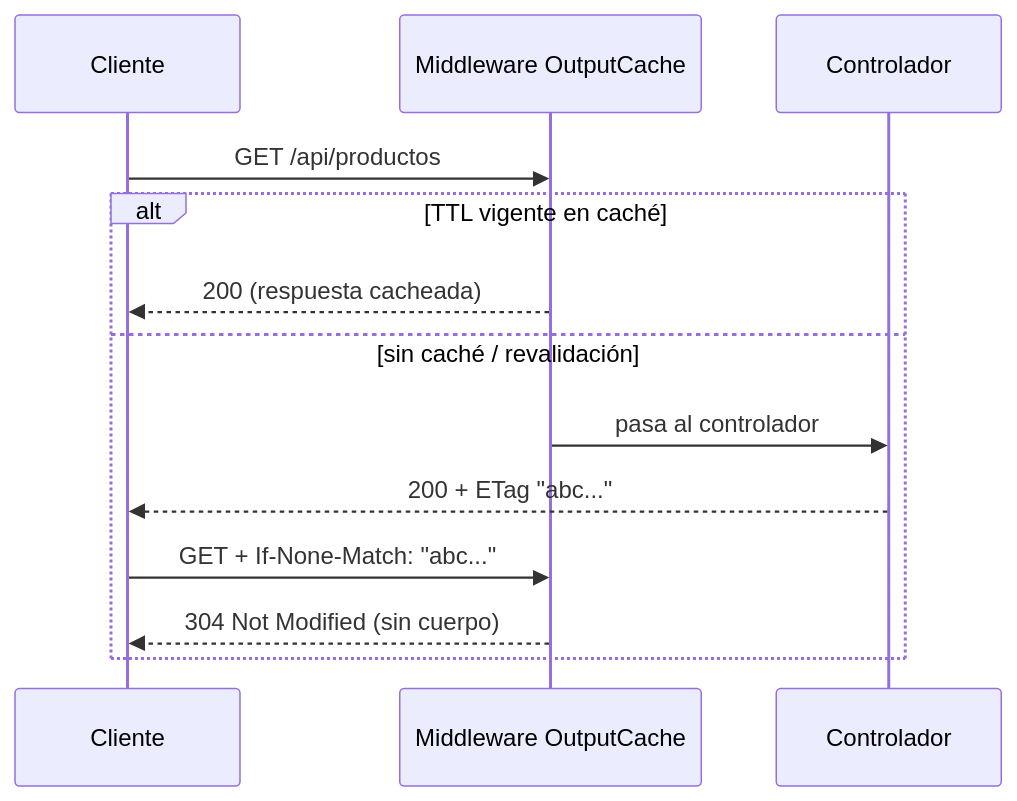
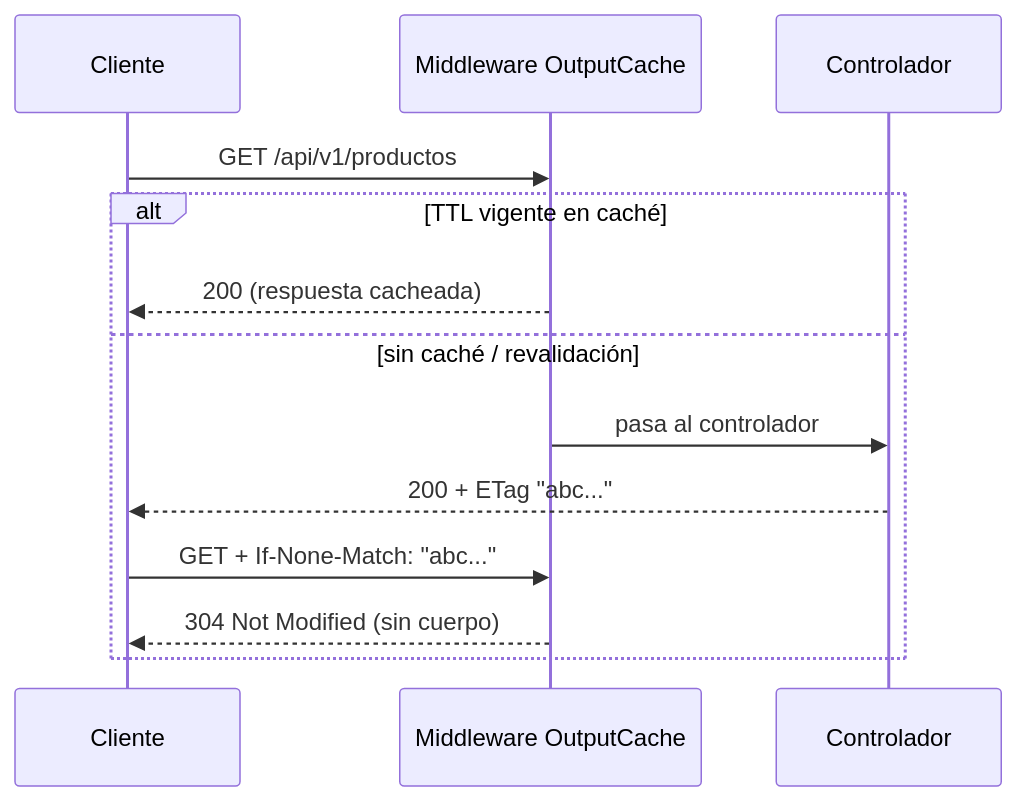
One commit to joseluisgs/TiendaDawApi-NetCore changed the sixth of 10 diagrams in doc/10-redis-caching.md. Above: the diagram before and after it, drawn with Mermaid. The commit also changed other lines of this file and 237 other files, not shown here.

````diff
--- a/doc/10-redis-caching.md
+++ b/doc/10-redis-caching.md
@@ -1474,15 +1474,15 @@
 ```mermaid
 sequenceDiagram
     participant C as Cliente
     participant M as Middleware OutputCache
     participant Ctrl as Controlador
-    C->>M: GET /api/productos
+    C->>M: GET /api/v1/productos
     alt TTL vigente en caché
         M-->>C: 200 (respuesta cacheada)
     else sin caché / revalidación
         M->>Ctrl: pasa al controlador
         Ctrl-->>C: 200 + ETag "abc..."
         C->>M: GET + If-None-Match: "abc..."
         M-->>C: 304 Not Modified (sin cuerpo)
     end
 ```
````
